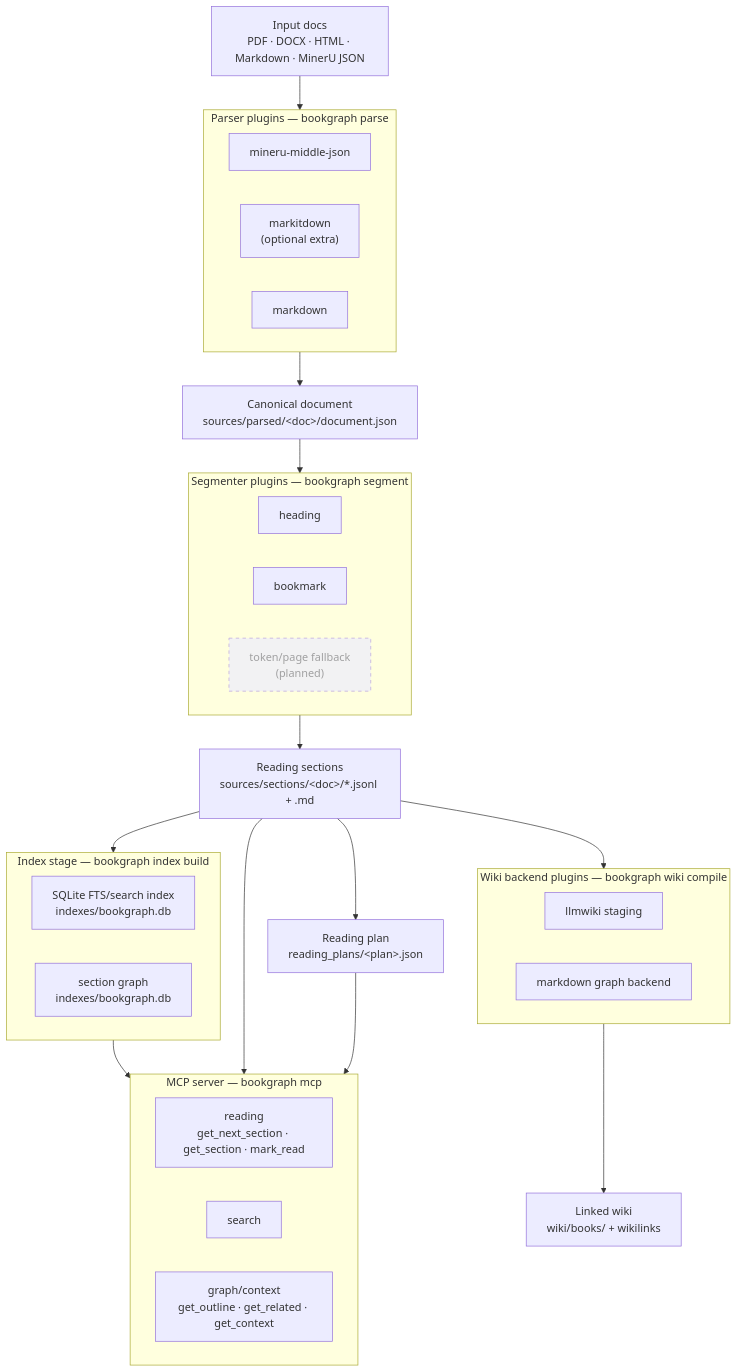
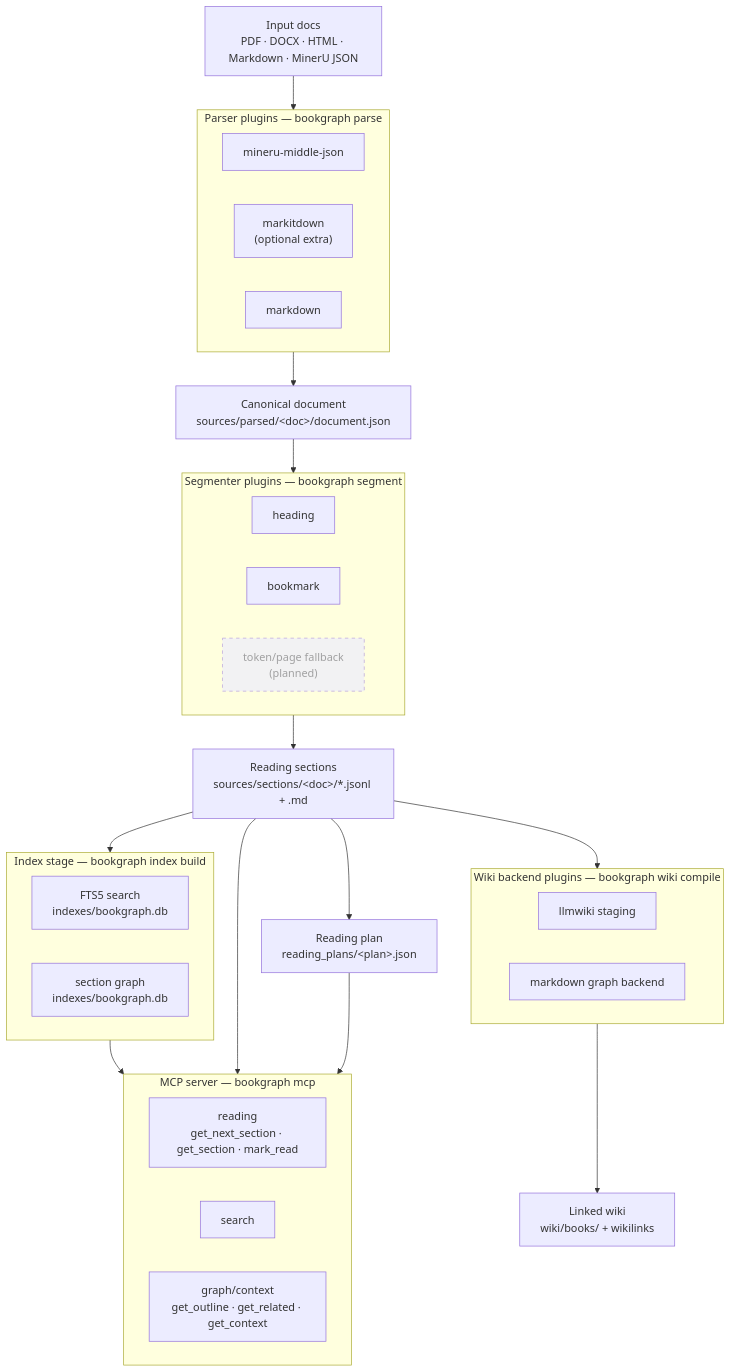
Before and after one commit to chimeyrock999/bookgraph: the diagram in README.md, drawn with Mermaid. The commit also changed other lines of this file and 15 other files, not shown here.

First line of the commit message:
feat: SQLite/FTS5 index behind a pluggable IndexBackend port (#17)

````diff
--- a/README.md
+++ b/README.md
@@ -16,56 +16,56 @@
 ```mermaid
 flowchart TD
     docs["Input docs<br/>PDF · DOCX · HTML · Markdown · MinerU JSON"]
 
     docs --> P
 
     subgraph P["Parser plugins — bookgraph parse"]
         direction LR
         P1["mineru-middle-json"]
         P2["markitdown<br/>(optional extra)"]
         P3["markdown"]
     end
 
     P --> DOC["Canonical document<br/>sources/parsed/&lt;doc&gt;/document.json"]
     DOC --> S
 
     subgraph S["Segmenter plugins — bookgraph segment"]
         direction LR
         S1["heading"]
         S2["bookmark"]
         S3["token/page fallback<br/>(planned)"]:::planned
     end
 
     S --> SEC["Reading sections<br/>sources/sections/&lt;doc&gt;/*.jsonl + .md"]
 
     SEC --> IDX
     SEC --> RP["Reading plan<br/>reading_plans/&lt;plan&gt;.json"]
     SEC --> W
 
     subgraph IDX["Index stage — bookgraph index build"]
         direction LR
-        IDX1["SQLite FTS/search index<br/>indexes/bookgraph.db"]
+        IDX1["FTS5 search<br/>indexes/bookgraph.db"]
         IDX2["section graph<br/>indexes/bookgraph.db"]
     end
 
     subgraph W["Wiki backend plugins — bookgraph wiki compile"]
         direction LR
         W1["llmwiki staging"]
         W2["markdown graph backend"]
     end
 
     W --> WIKI["Linked wiki<br/>wiki/books/ + wikilinks"]
 
     IDX --> MCP
     SEC --> MCP
     RP --> MCP
 
     subgraph MCP["MCP server — bookgraph mcp"]
         direction LR
         MCP1["reading<br/>get_next_section · get_section · mark_read"]
         MCP2["search"]
         MCP3["graph/context<br/>get_outline · get_related · get_context"]
     end
 
     classDef planned stroke-dasharray:5,opacity:0.65;
 ```
````
